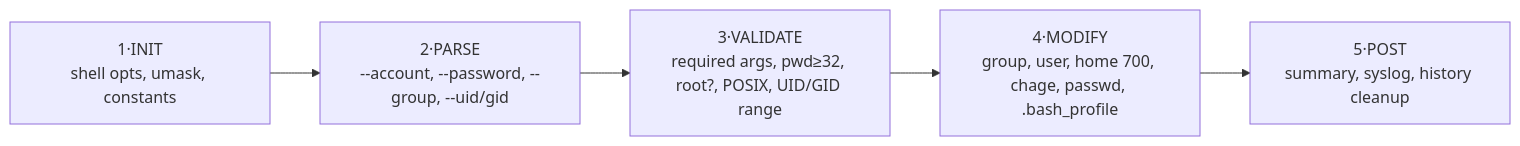
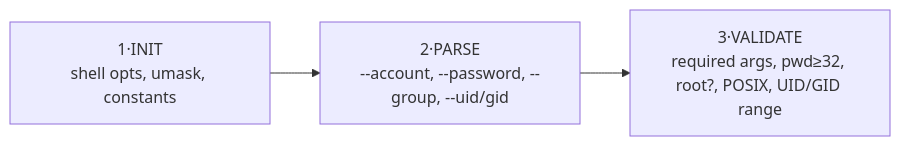
The first of 4 diagrams in os_sys/os_service_account_README.md (edsilegxrepo/devops), drawn with Mermaid before and after one commit. The commit also changed other lines of this file, not shown here.

Commit message:
Mermaid chart fix

````diff
--- a/os_sys/os_service_account_README.md
+++ b/os_sys/os_service_account_README.md
@@ -65,9 +66,4 @@
 ```mermaid
 flowchart LR
-    INIT["1·INIT<br/>shell opts, umask, constants"]
-    PARSE["2·PARSE<br/>--account, --password, --group, --uid/gid"]
-    VALID["3·VALIDATE<br/>required args, pwd≥32, root?, POSIX, UID/GID range"]
-    MODIFY["4·MODIFY<br/>group, user, home 700, chage, passwd, .bash_profile"]
-    POST["5·POST<br/>summary, syslog, history cleanup"]
-    INIT --> PARSE --> VALID --> MODIFY --> POST
+    INIT["1·INIT<br/>shell opts, umask, constants"] --> PARSE["2·PARSE<br/>--account, --password, --group, --uid/gid"] --> VALID["3·VALIDATE<br/>required args, pwd≥32, root?, POSIX, UID/GID range"]
 ```
````
